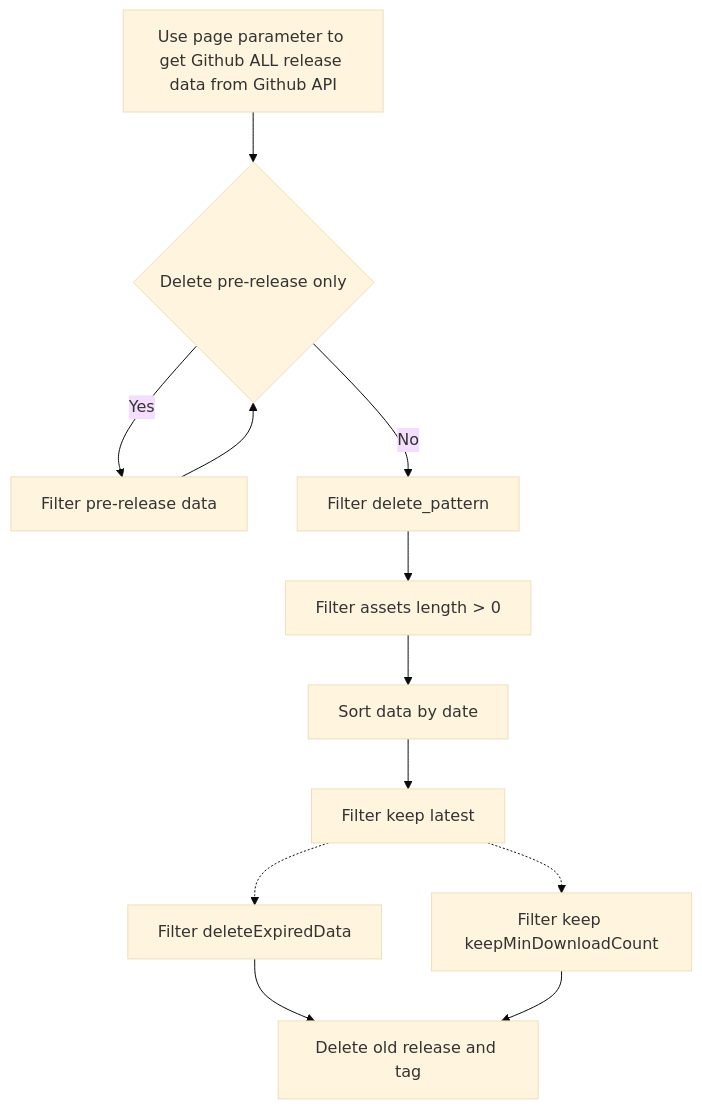
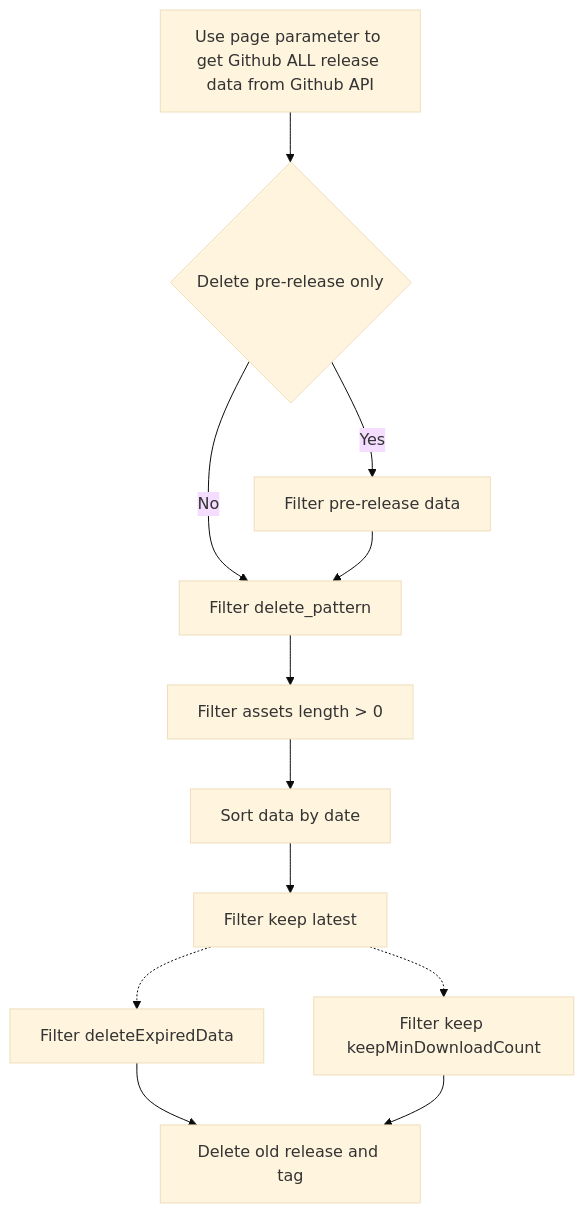
Before and after one commit to dev-drprasad/delete-older-releases: the diagram in docs/README.md, drawn with Mermaid (base theme).

Commit message:
Fix (Flowchart): C --> D

````diff
--- a/docs/README.md
+++ b/docs/README.md
@@ -79,23 +79,23 @@
 ```mermaid
 flowchart TD
 
     A[Use page parameter to get Github ALL release data from Github API] --> B{Delete pre-release only}
     
     B --> |Yes| C[Filter pre-release data]
-    C --> B
     B --> |No| D[Filter delete_pattern]
+    C --> D
 
     D --> E[Filter assets length > 0]
 
     E --> F[Sort data by date]
 
     F --> G[Filter keep latest]
 
     G -.-> H[Filter keep keepMinDownloadCount]
 
     G -.-> I[Filter deleteExpiredData]
     
     I --> J[Delete old release and tag]
     
     H --> J
 ```
````
